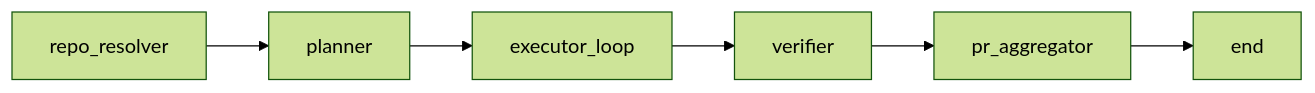
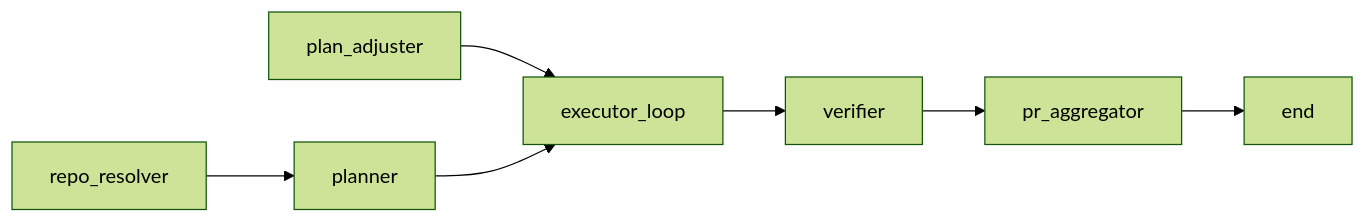
Before and after one commit to ples/orchestro: the first of 5 diagrams in README.md, drawn with Mermaid (forest theme). The commit also changed other lines of this file and 16 other files, not shown here.

````diff
--- a/README.md
+++ b/README.md
@@ -147,8 +211,9 @@
 ```mermaid
 flowchart LR
     RR["repo_resolver"] --> P["planner"]
-    P --> E["executor_loop"]
+    PA["plan_adjuster"] --> E["executor_loop"]
+    P --> E
     E --> V["verifier"]
     V --> PR["pr_aggregator"]
     PR --> DONE["end"]
 ```
````
